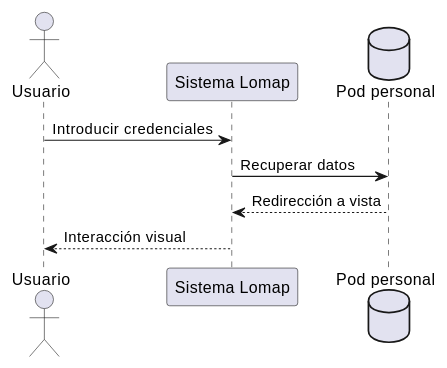
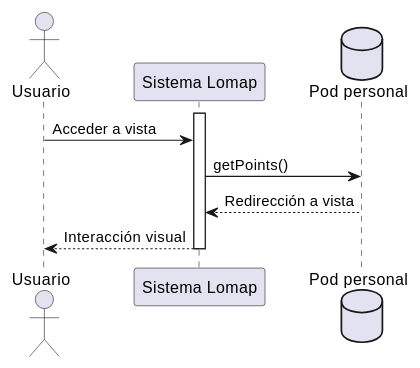
Before and after one commit to Arquisoft/lomap_es5a: the first of 8 diagrams in docs/06_runtime_view.adoc, drawn with PlantUML. The commit also changed other lines of this file and 5 other files, not shown here.

```diff
--- a/docs/06_runtime_view.adoc
+++ b/docs/06_runtime_view.adoc
@@ -26,10 +26,12 @@
 [plantuml, "runtime-6-1-2", svg]
 ----
 actor Usuario
 participant lomap as "Sistema Lomap"
 database Pod as "Pod personal"
-Usuario -> lomap: Introducir credenciales
-lomap -> Pod: Recuperar datos
-Pod --> lomap: Redirección a vista 
+activate lomap
+Usuario -> lomap: Acceder a vista
+lomap -> Pod: getPoints()
+Pod --> lomap: Redirección a vista
 lomap --> Usuario: Interacción visual
+deactivate lomap
 ----
```
